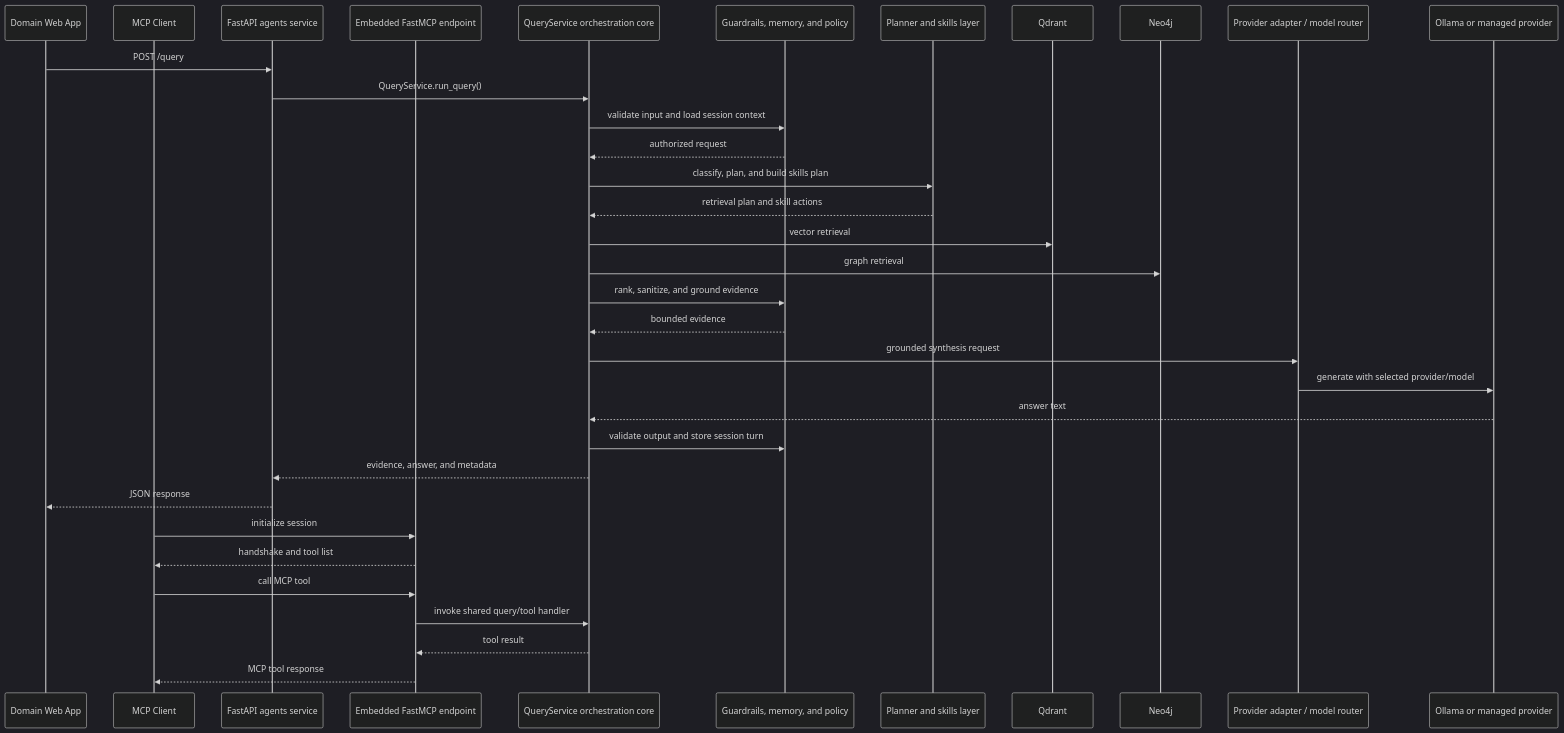
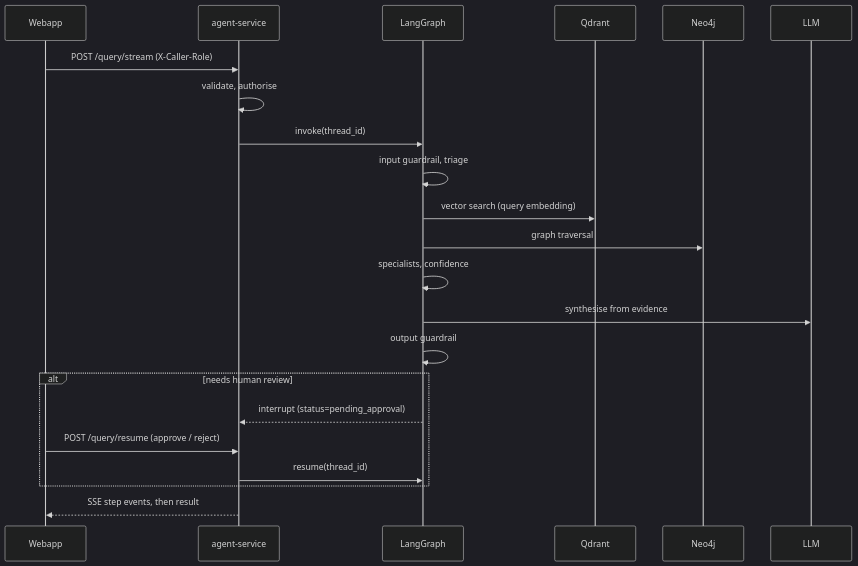
Before and after one commit to wchen-dea/Agentic-AI-Healthcare-GraphRAG: the fourth of 4 diagrams in docs/02_architecture.md, drawn with Mermaid (dark theme). The commit also changed other lines of this file and 24 other files, not shown here.

````diff
--- a/docs/02_architecture.md
+++ b/docs/02_architecture.md
@@ -326,38 +125,24 @@
 ```mermaid
 sequenceDiagram
-  participant UI as Domain Web App
-  participant MCP as MCP Client
-  participant API as FastAPI agents service
-  participant MCPAPI as Embedded FastMCP endpoint
-  participant Core as QueryService orchestration core
-  participant Policy as Guardrails, memory, and policy
-  participant Planner as Planner and skills layer
-  participant Qdrant
-  participant Neo4j
-  participant Model as Provider adapter / model router
-  participant LLM as Ollama or managed provider
-
-  UI->>API: POST /query
-  API->>Core: QueryService.run_query()
-  Core->>Policy: validate input and load session context
-  Policy-->>Core: authorized request
-  Core->>Planner: classify, plan, and build skills plan
-  Planner-->>Core: retrieval plan and skill actions
-  Core->>Qdrant: vector retrieval
-  Core->>Neo4j: graph retrieval
-  Core->>Policy: rank, sanitize, and ground evidence
-  Policy-->>Core: bounded evidence
-  Core->>Model: grounded synthesis request
-  Model->>LLM: generate with selected provider/model
-  LLM-->>Core: answer text
-  Core->>Policy: validate output and store session turn
-  Core-->>API: evidence, answer, and metadata
-  API-->>UI: JSON response
-
-  MCP->>MCPAPI: initialize session
-  MCPAPI-->>MCP: handshake and tool list
-  MCP->>MCPAPI: call MCP tool
-  MCPAPI->>Core: invoke shared query/tool handler
-  Core-->>MCPAPI: tool result
-  MCPAPI-->>MCP: MCP tool response
+    participant U as Webapp
+    participant A as agent-service
+    participant G as LangGraph
+    participant Q as Qdrant
+    participant N as Neo4j
+    participant L as LLM
+    U->>A: POST /query/stream (X-Caller-Role)
+    A->>A: validate, authorise
+    A->>G: invoke(thread_id)
+    G->>G: input guardrail, triage
+    G->>Q: vector search (query embedding)
+    G->>N: graph traversal
+    G->>G: specialists, confidence
+    G->>L: synthesise from evidence
+    G->>G: output guardrail
+    alt needs human review
+        G-->>A: interrupt (status=pending_approval)
+        U->>A: POST /query/resume (approve / reject)
+        A->>G: resume(thread_id)
+    end
+    A-->>U: SSE step events, then result
 ```
````
